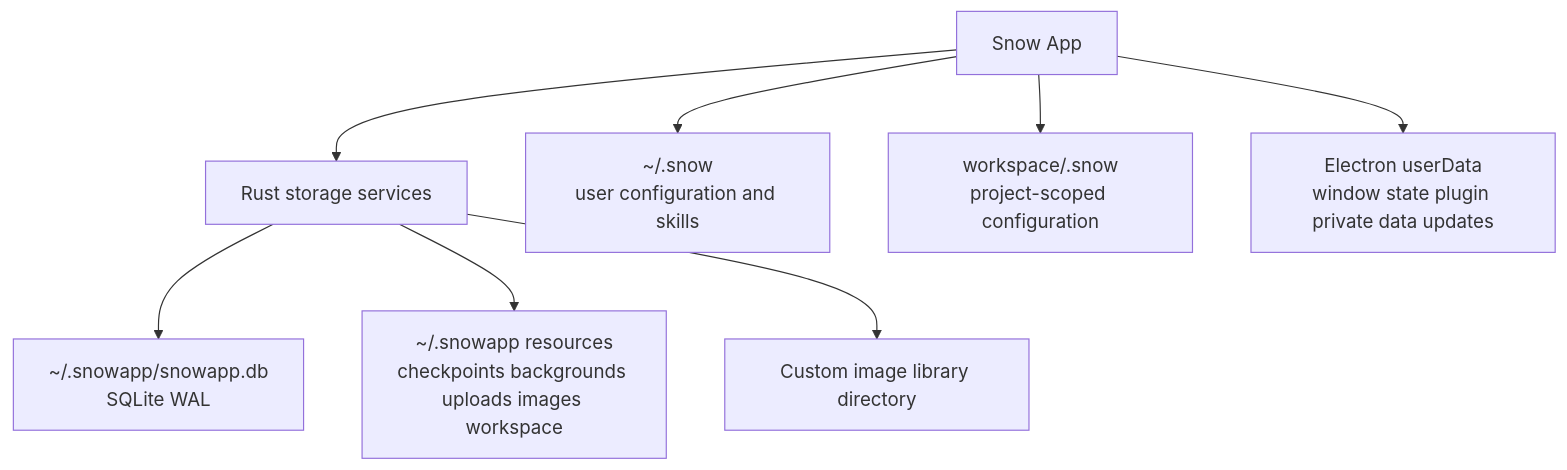
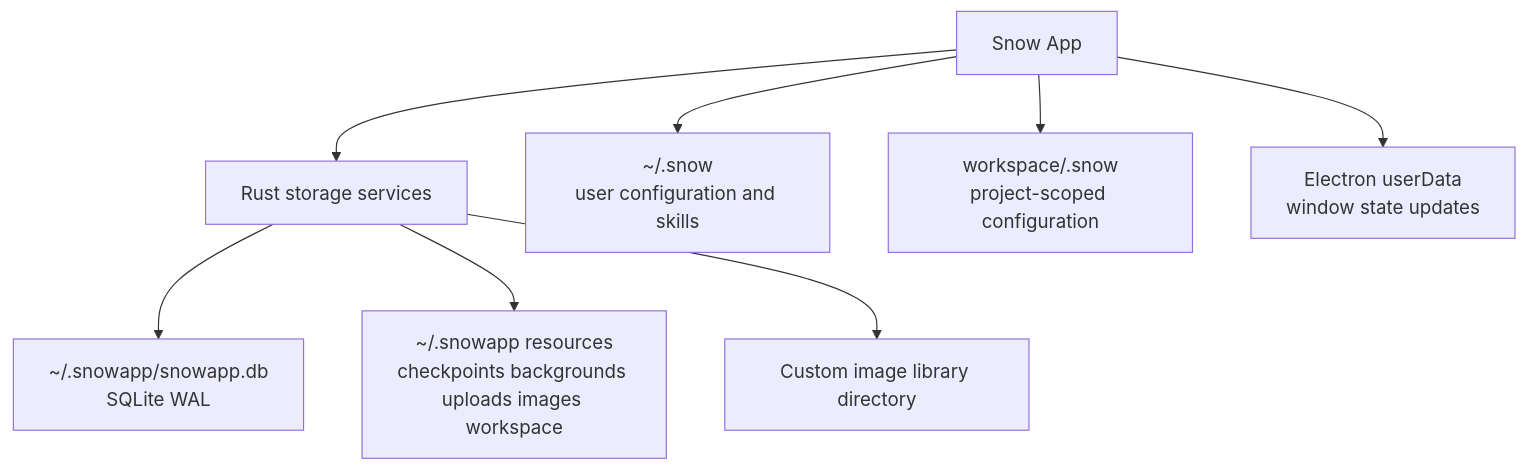
One commit to BaSui01/snow-app changed the first of 6 diagrams in docs/en/4-architecture-and-development/5-storage-migration-backup-and-recovery.md. Above: the diagram before and after it, drawn with Mermaid. The commit also changed other lines of this file and 97 other files, not shown here.

````diff
--- a/docs/en/4-architecture-and-development/5-storage-migration-backup-and-recovery.md
+++ b/docs/en/4-architecture-and-development/5-storage-migration-backup-and-recovery.md
@@ -7,19 +7,19 @@
 ```mermaid
 flowchart TD
     app["Snow App"]
     rust["Rust storage services"]
     db["~/.snowapp/snowapp.db\nSQLite WAL"]
     assets["~/.snowapp resources\ncheckpoints backgrounds uploads images workspace"]
     config["~/.snow\nuser configuration and skills"]
     project["workspace/.snow\nproject-scoped configuration"]
-    userdata["Electron userData\nwindow state plugin private data updates"]
+    userdata["Electron userData\nwindow state updates"]
     custom["Custom image library directory"]
 
     app --> rust
     rust --> db
     rust --> assets
     app --> config
     app --> project
     app --> userdata
     rust --> custom
 ```
````
